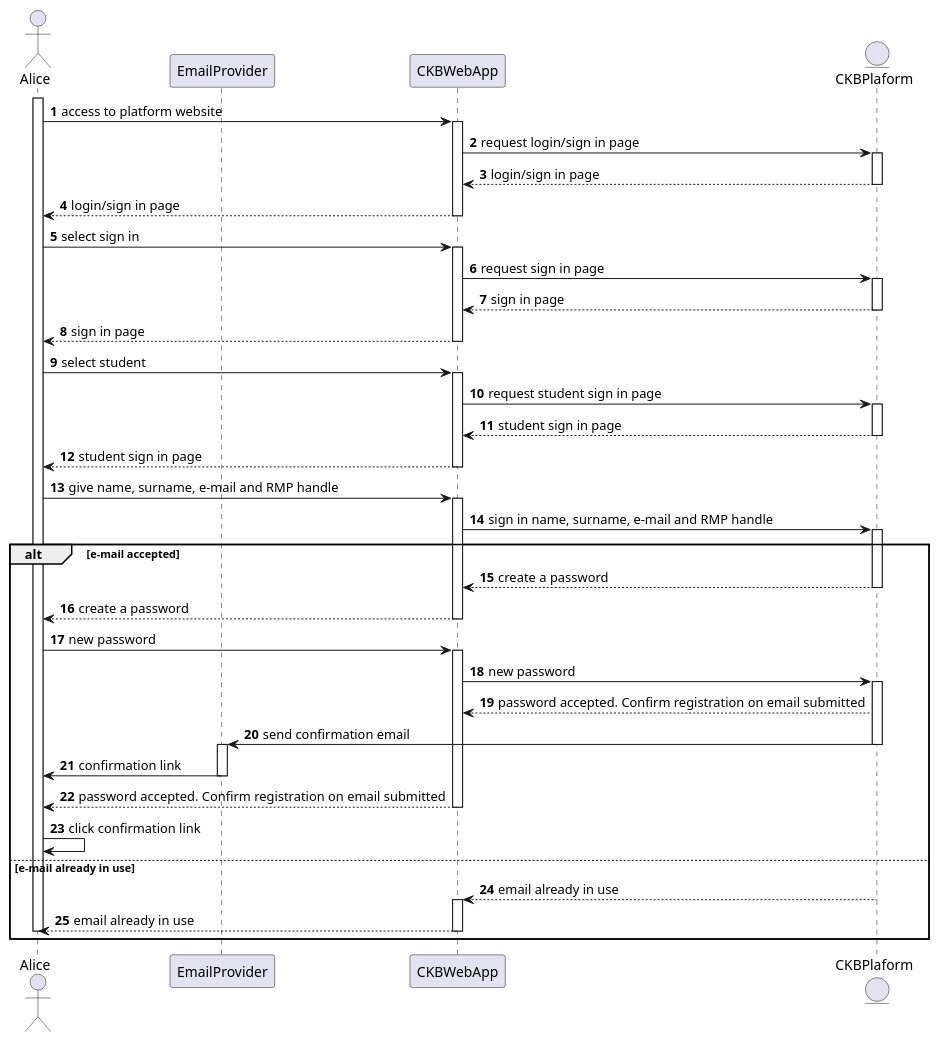
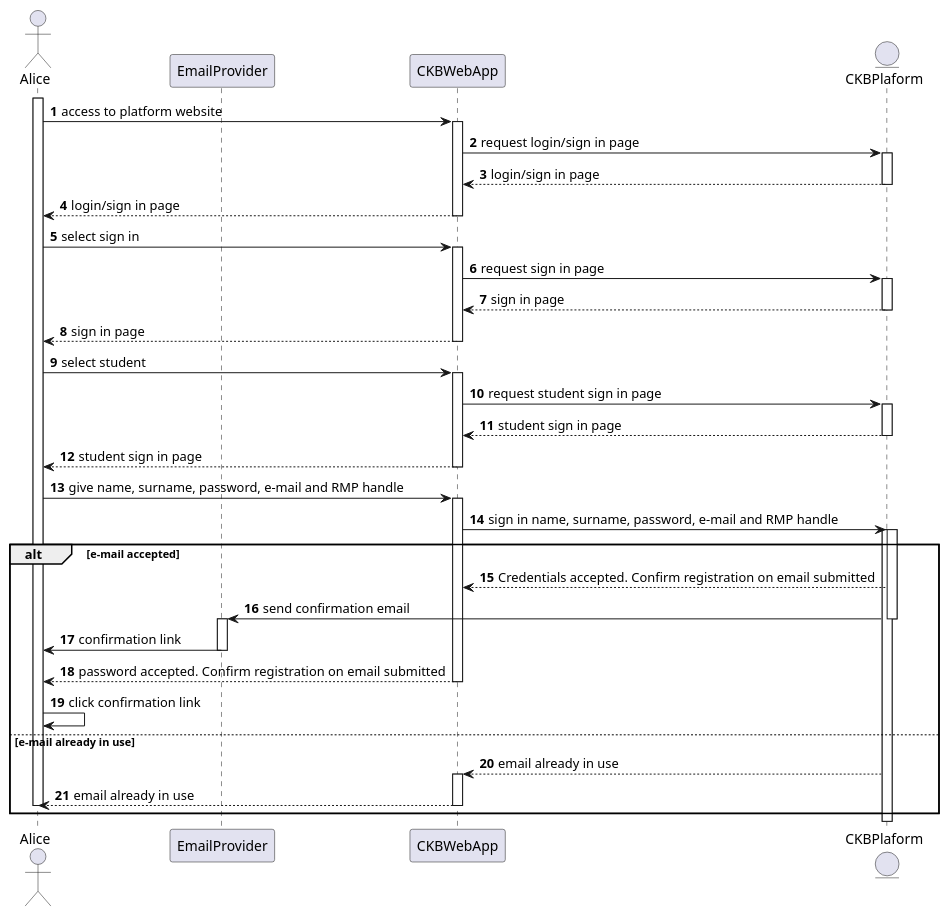
One commit to Angelo7672/SE2_Requirement-and-Design-Document changed the diagram in _RASD/Images/UML/sequenceDiagram/sequenceDiagramUC1a.wsd. Above: the diagram before and after it, drawn with PlantUML. The commit also changed 11 other files, not shown here.

```diff
--- a/_RASD/Images/UML/sequenceDiagram/sequenceDiagramUC1a.wsd
+++ b/_RASD/Images/UML/sequenceDiagram/sequenceDiagramUC1a.wsd
@@ -1,66 +1,59 @@
 @startuml
 
 autonumber
 
 actor Alice
 participant EmailProvider as Email
 participant CKBWebApp as App
 entity CKBPlaform as Platform
 
 activate Alice
 Alice -> App: access to platform website
 activate App
 App -> Platform: request login/sign in page
 activate Platform
 Platform --> App: login/sign in page
 deactivate Platform
 App --> Alice: login/sign in page
 deactivate App
 Alice -> App: select sign in
 activate App
 App -> Platform: request sign in page
 activate Platform
 Platform --> App: sign in page
 deactivate Platform
 App --> Alice: sign in page
 deactivate App
 Alice -> App: select student
 activate App
 App -> Platform: request student sign in page
 activate Platform
 Platform --> App: student sign in page
 deactivate Platform
 App --> Alice: student sign in page
 deactivate App
-Alice -> App: give name, surname, e-mail and RMP handle
+Alice -> App: give name, surname, password, e-mail and RMP handle
 activate App
-App -> Platform: sign in name, surname, e-mail and RMP handle
+App -> Platform: sign in name, surname, password, e-mail and RMP handle
 activate Platform
 
 alt e-mail accepted
-    Platform --> App: create a password
-    deactivate Platform
-    App --> Alice: create a password
-    deactivate App
-    Alice -> App: new password
-    activate App
-    App -> Platform: new password
     activate Platform
-    Platform --> App: password accepted. Confirm registration on email submitted
+    Platform --> App: Credentials accepted. Confirm registration on email submitted
     Platform -> Email: send confirmation email
     deactivate Platform
     activate Email
     Email -> Alice: confirmation link
     deactivate Email
     App --> Alice: password accepted. Confirm registration on email submitted
     deactivate App
     Alice -> Alice: click confirmation link
 else e-mail already in use
     Platform --> App: email already in use
     activate App
     App --> Alice: email already in use
     deactivate App
     deactivate Alice
 end
 
 @enduml
```
